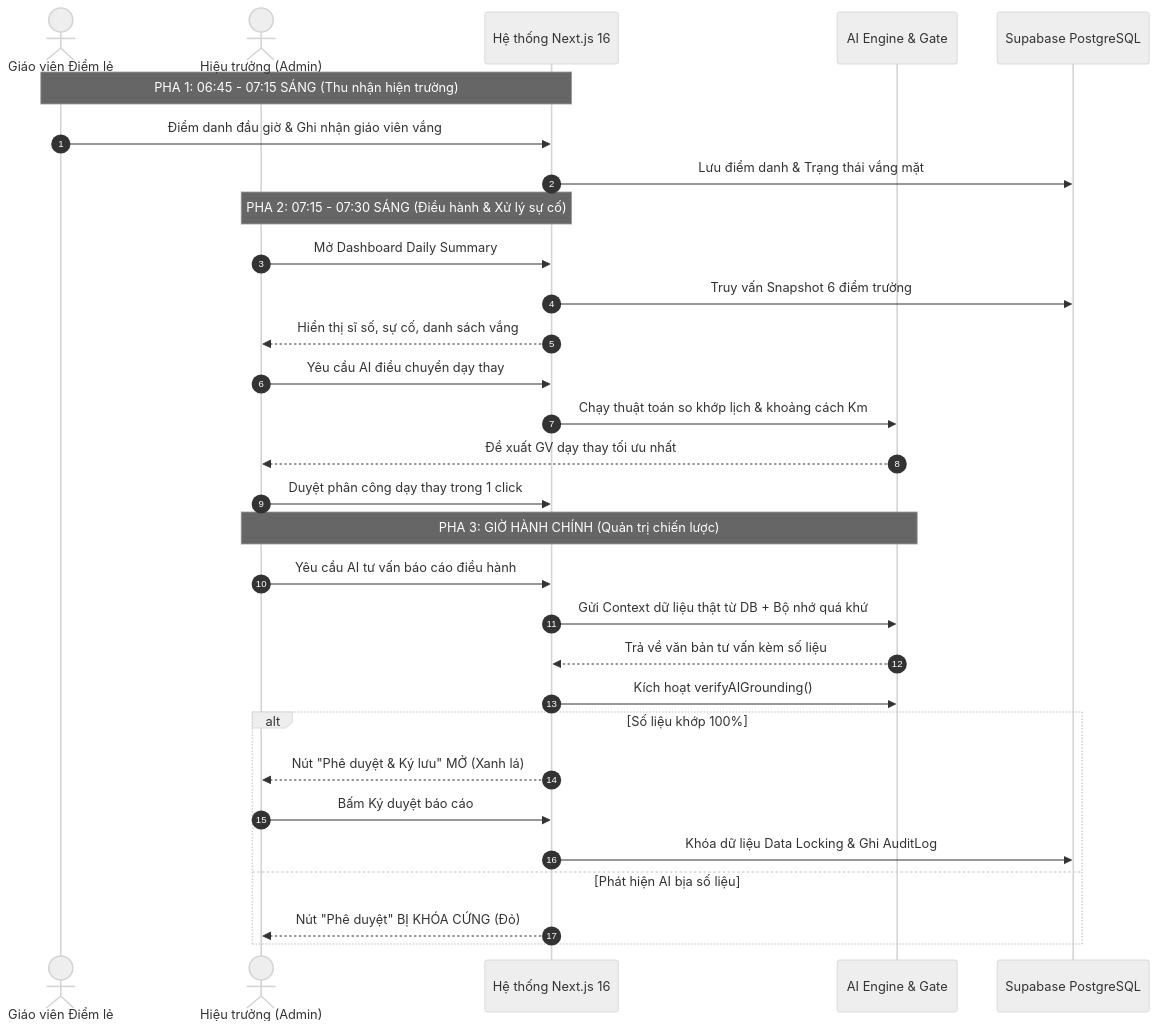
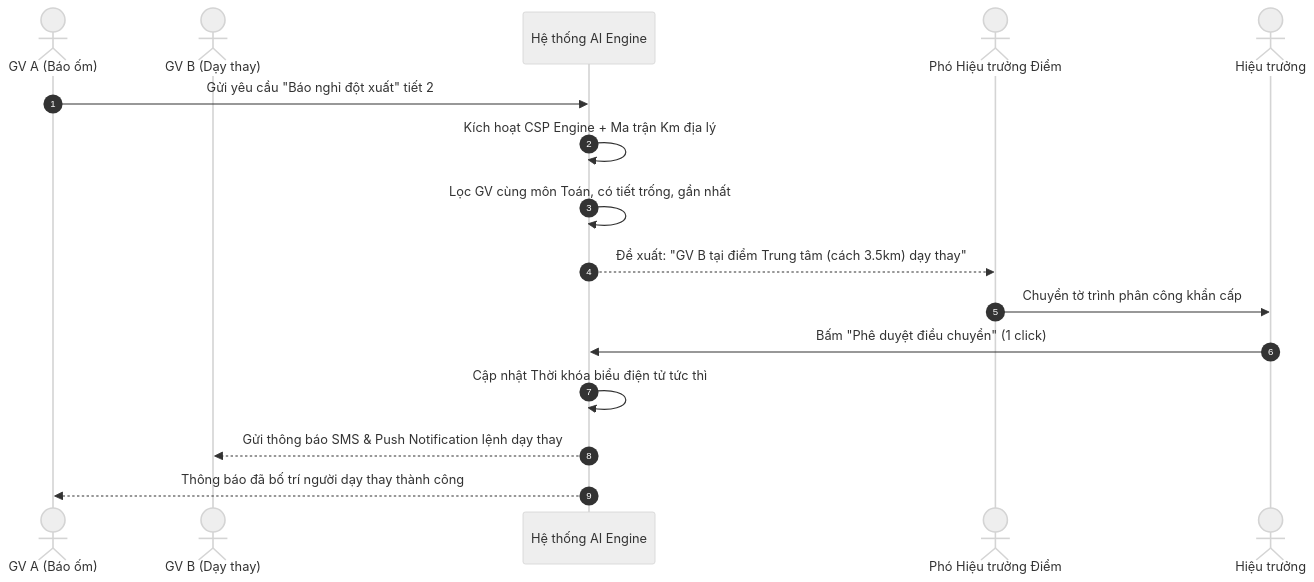
The first of 2 diagrams in THUYET_MINH_VIBE_CODING_WORKFLOW_LOGIC.md (Phuc2009-c/quanlytruonghocc), drawn with Mermaid (neutral theme) before and after one commit. The commit also changed other lines of this file, not shown here.

````diff
--- a/THUYET_MINH_VIBE_CODING_WORKFLOW_LOGIC.md
+++ b/THUYET_MINH_VIBE_CODING_WORKFLOW_LOGIC.md
@@ -67,35 +123,19 @@
 ```mermaid
 sequenceDiagram
     autonumber
-    actor GV as Giáo viên Điểm lẻ
-    actor HT as Hiệu trưởng (Admin)
-    participant Sys as Hệ thống Next.js 16
-    participant AI as AI Engine & Gate
-    participant DB as Supabase PostgreSQL
+    actor GVA as GV A (Báo ốm)
+    actor GVB as GV B (Dạy thay)
+    participant Sys as Hệ thống AI Engine
+    actor PHT as Phó Hiệu trưởng Điểm
+    actor HT as Hiệu trưởng
 
-    Note over GV,Sys: PHA 1: 06:45 - 07:15 SÁNG (Thu nhận hiện trường)
-    GV->>Sys: Điểm danh đầu giờ & Ghi nhận giáo viên vắng
-    Sys->>DB: Lưu điểm danh & Trạng thái vắng mặt
-    
-    Note over HT,Sys: PHA 2: 07:15 - 07:30 SÁNG (Điều hành & Xử lý sự cố)
-    HT->>Sys: Mở Dashboard Daily Summary
-    Sys->>DB: Truy vấn Snapshot 6 điểm trường
-    Sys-->>HT: Hiển thị sĩ số, sự cố, danh sách vắng
-    HT->>Sys: Yêu cầu AI điều chuyển dạy thay
-    Sys->>AI: Chạy thuật toán so khớp lịch & khoảng cách Km
-    AI-->>HT: Đề xuất GV dạy thay tối ưu nhất
-    HT->>Sys: Duyệt phân công dạy thay trong 1 click
-
-    Note over HT,AI: PHA 3: GIỜ HÀNH CHÍNH (Quản trị chiến lược)
-    HT->>Sys: Yêu cầu AI tư vấn báo cáo điều hành
-    Sys->>AI: Gửi Context dữ liệu thật từ DB + Bộ nhớ quá khứ
-    AI-->>Sys: Trả về văn bản tư vấn kèm số liệu
-    Sys->>AI: Kích hoạt verifyAIGrounding()
-    alt Số liệu khớp 100%
-        Sys-->>HT: Nút "Phê duyệt & Ký lưu" MỞ (Xanh lá)
-        HT->>Sys: Bấm Ký duyệt báo cáo
-        Sys->>DB: Khóa dữ liệu Data Locking & Ghi AuditLog
-    else Phát hiện AI bịa số liệu
-        Sys-->>HT: Nút "Phê duyệt" BỊ KHÓA CỨNG (Đỏ)
-    end
+    GVA->>Sys: Gửi yêu cầu "Báo nghỉ đột xuất" tiết 2
+    Sys->>Sys: Kích hoạt CSP Engine + Ma trận Km địa lý
+    Sys->>Sys: Lọc GV cùng môn Toán, có tiết trống, gần nhất
+    Sys-->>PHT: Đề xuất: "GV B tại điểm Trung tâm (cách 3.5km) dạy thay"
+    PHT->>HT: Chuyển tờ trình phân công khẩn cấp
+    HT->>Sys: Bấm "Phê duyệt điều chuyển" (1 click)
+    Sys->>Sys: Cập nhật Thời khóa biểu điện tử tức thì
+    Sys-->>GVB: Gửi thông báo SMS & Push Notification lệnh dạy thay
+    Sys-->>GVA: Thông báo đã bố trí người dạy thay thành công
 ```
````
